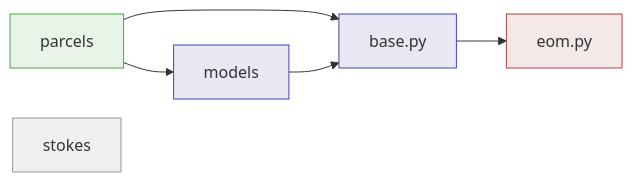
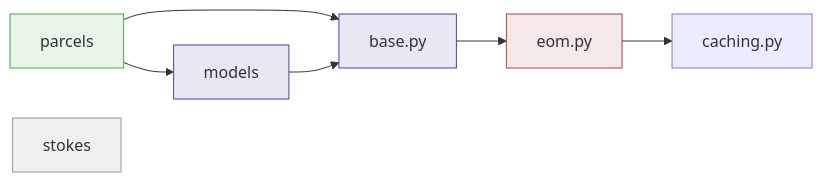
One commit to geomar-od-lagrange/mechanical_drifters changed the second of 2 diagrams in docs/class-diagram.md. Above: the diagram before and after it, drawn with Mermaid. The commit also changed other lines of this file and 24 other files, not shown here.

First line of the commit message:
API polish: Physics defaults, simplified eom.py, extract caching.py

````diff
--- a/docs/class-diagram.md
+++ b/docs/class-diagram.md
@@ -67,15 +67,16 @@
 ```mermaid
 graph LR
     parcels --> base[base.py]
     parcels --> models
     models --> base
     base --> eom[eom.py]
+    eom --> caching[caching.py]
 
     stokes
 
     style stokes fill:#f0f0f0,stroke:#999
     style parcels fill:#e8f4e8,stroke:#4a4
     style base fill:#e8e8f4,stroke:#44a
     style models fill:#e8e8f4,stroke:#44a
     style eom fill:#f4e8e8,stroke:#a44
 ```
````
